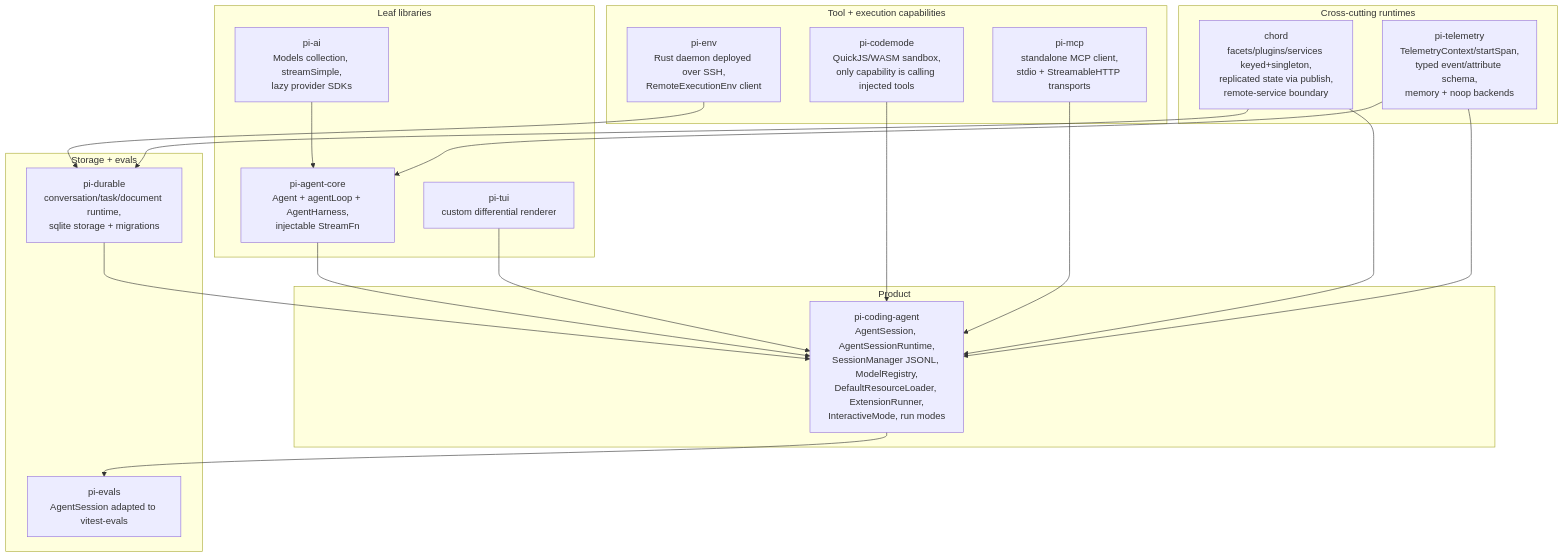
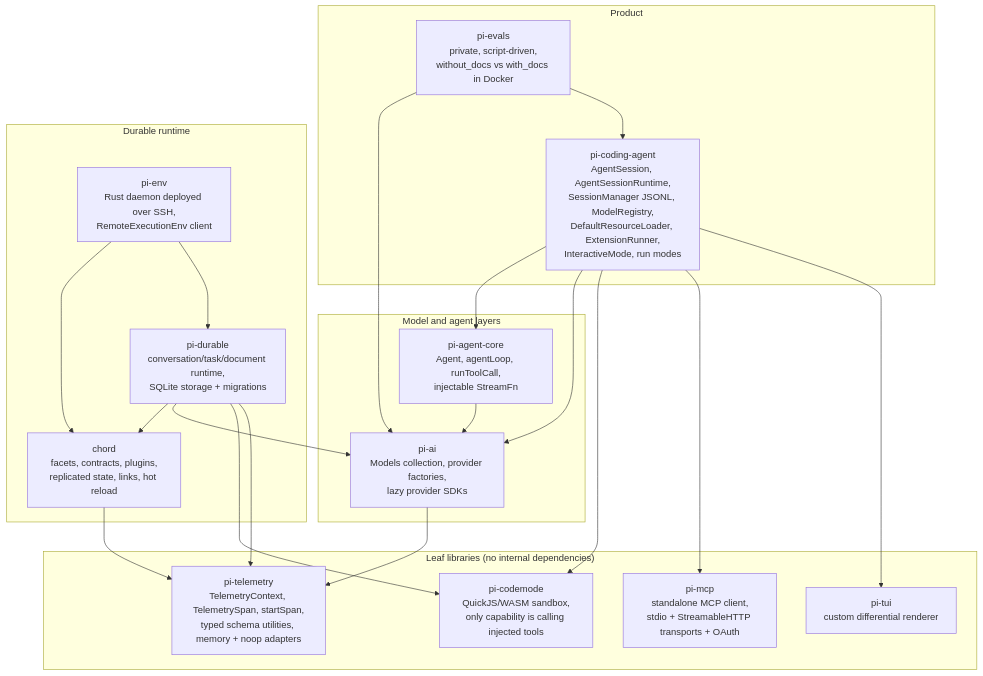
The first of 2 diagrams in earendil-works/pi/.sdlc/context/architecture.md (TomzxCode/sdlc), drawn with Mermaid before and after one commit. The commit also changed other lines of this file and 49 other files, not shown here.

````diff
--- a/earendil-works/pi/.sdlc/context/architecture.md
+++ b/earendil-works/pi/.sdlc/context/architecture.md
@@ -5,36 +6,38 @@
 ```mermaid
 flowchart TB
-    subgraph leaves["Leaf libraries"]
-        AI["pi-ai<br/>Models collection, streamSimple,<br/>lazy provider SDKs"]
-        CORE["pi-agent-core<br/>Agent + agentLoop + AgentHarness,<br/>injectable StreamFn"]
+    subgraph leaves["Leaf libraries (no internal dependencies)"]
+        TELEM["pi-telemetry<br/>TelemetryContext, TelemetrySpan, startSpan,<br/>typed schema utilities, memory + noop adapters"]
         TUI["pi-tui<br/>custom differential renderer"]
+        CODEMODE["pi-codemode<br/>QuickJS/WASM sandbox,<br/>only capability is calling injected tools"]
+        MCP["pi-mcp<br/>standalone MCP client,<br/>stdio + StreamableHTTP transports + OAuth"]
+    end
+    subgraph model["Model and agent layers"]
+        AI["pi-ai<br/>Models collection, provider factories,<br/>lazy provider SDKs"]
+        CORE["pi-agent-core<br/>Agent, agentLoop, runToolCall,<br/>injectable StreamFn"]
     end
     subgraph product["Product"]
         CA["pi-coding-agent<br/>AgentSession, AgentSessionRuntime,<br/>SessionManager JSONL, ModelRegistry,<br/>DefaultResourceLoader, ExtensionRunner,<br/>InteractiveMode, run modes"]
+        EVALS["pi-evals<br/>private, script-driven,<br/>without_docs vs with_docs in Docker"]
     end
-    subgraph capabilities["Tool + execution capabilities"]
-        CODEMODE["pi-codemode<br/>QuickJS/WASM sandbox,<br/>only capability is calling injected tools"]
-        MCP["pi-mcp<br/>standalone MCP client,<br/>stdio + StreamableHTTP transports"]
+    subgraph runtime["Durable runtime"]
+        CHORD["chord<br/>facets, contracts, plugins,<br/>replicated state, links, hot reload"]
+        DURABLE["pi-durable<br/>conversation/task/document runtime,<br/>SQLite storage + migrations"]
         ENV["pi-env<br/>Rust daemon deployed over SSH,<br/>RemoteExecutionEnv client"]
     end
-    subgraph storage["Storage + evals"]
-        DURABLE["pi-durable<br/>conversation/task/document runtime,<br/>sqlite storage + migrations"]
-        EVALS["pi-evals<br/>AgentSession adapted to vitest-evals"]
-    end
-    subgraph runtime["Cross-cutting runtimes"]
-        CHORD["chord<br/>facets/plugins/services keyed+singleton,<br/>replicated state via publish,<br/>remote-service boundary"]
-        TELEM["pi-telemetry<br/>TelemetryContext/startSpan,<br/>typed event/attribute schema,<br/>memory + noop backends"]
-    end
-    AI --> CORE
-    CORE --> CA
-    TUI --> CA
-    CODEMODE --> CA
-    MCP --> CA
+    AI --> TELEM
+    CORE --> AI
+    CHORD --> TELEM
+    DURABLE --> CHORD
+    DURABLE --> AI
+    DURABLE --> CODEMODE
+    DURABLE --> TELEM
+    ENV --> CHORD
     ENV --> DURABLE
-    DURABLE --> CA
-    CA --> EVALS
-    CHORD --> CA
-    CHORD --> DURABLE
-    TELEM --> CA
-    TELEM --> CORE
+    CA --> CORE
+    CA --> AI
+    CA --> CODEMODE
+    CA --> MCP
+    CA --> TUI
+    EVALS --> AI
+    EVALS --> CA
 ```
````
